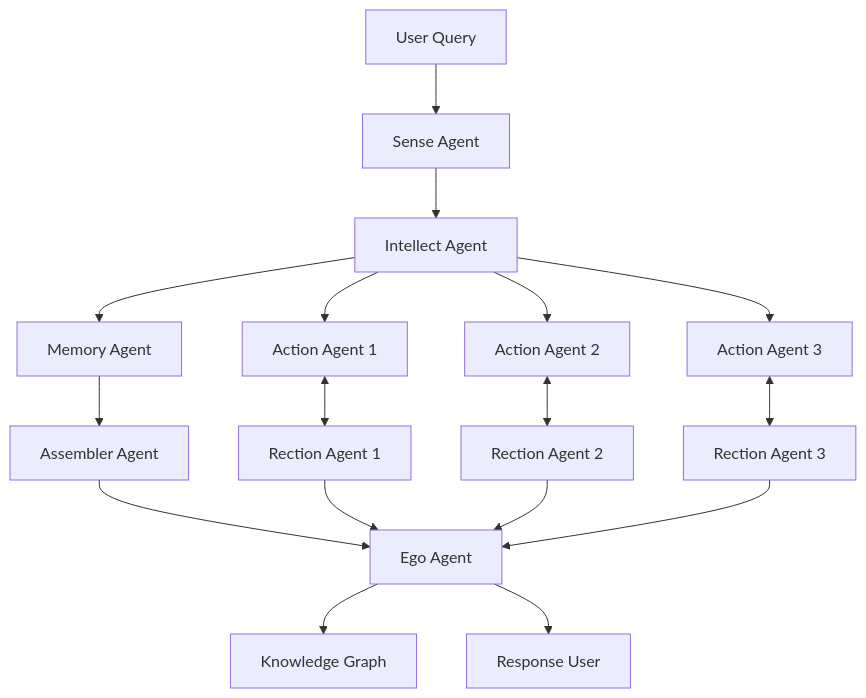
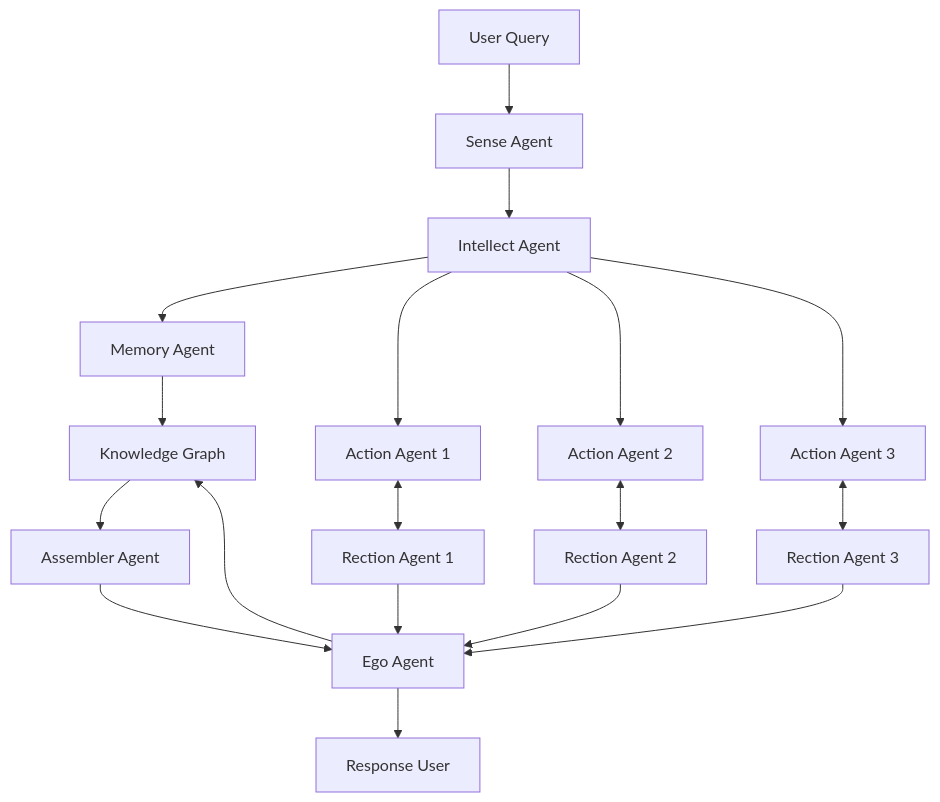
The diagram in README.md (Mindverse-Computing/algoverse), drawn with Mermaid before and after one commit.

````diff
--- a/README.md
+++ b/README.md
@@ -78,19 +78,20 @@
 ```mermaid
 graph TD
   A[User Query] --> S[Sense Agent]
   S --> I[Intellect Agent]
   I --> M[Memory Agent]
-  M --> AA[Assembler Agent]
+  M --> G[Knowledge Graph]
+  G --> AA[Assembler Agent]
   AA --> E[Ego Agent]
   I --> A1[Action Agent 1]
   I --> A2[Action Agent 2]
   I --> A3[Action Agent 3]
   A1 <--> R1[Rection Agent 1]
   A2 <--> R2[Rection Agent 2]
   A3 <--> R3[Rection Agent 3]
   R1 --> E[Ego Agent]
   R2 --> E[Ego Agent]
   R3 --> E[Ego Agent]
   E --> G[Knowledge Graph]
   E --> U[Response User]
 ```
````
